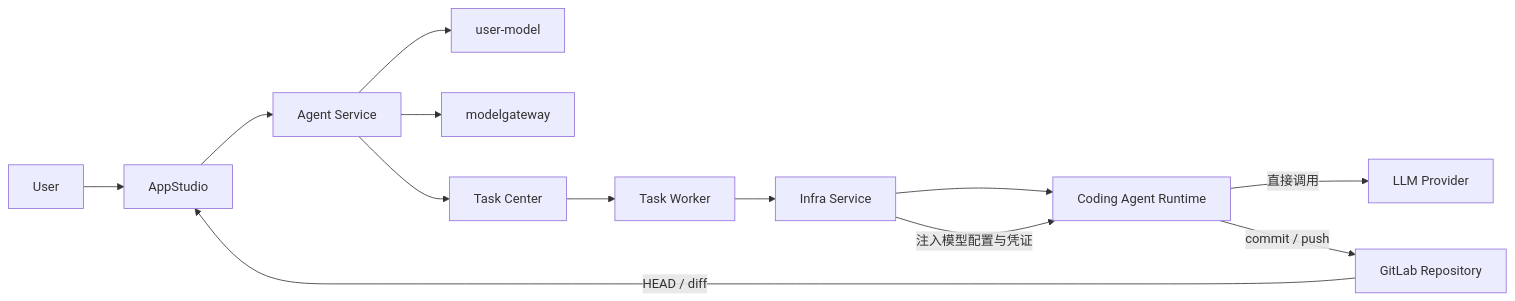
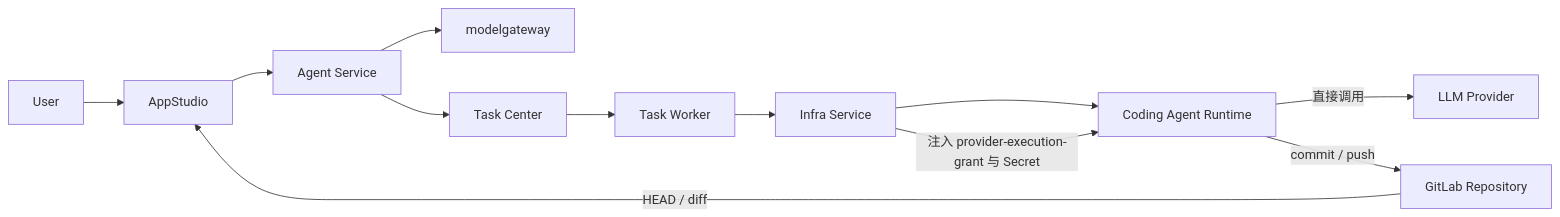
One commit to wangweihong/omnimam-spec changed the tenth of 11 diagrams in 00_product/domains/appstudio/product-spec.md. Above: the diagram before and after it, drawn with Mermaid. The commit also changed other lines of this file and 11 other files, not shown here.

Commit message:
fix: align provider capability and model binding contracts

````diff
--- a/00_product/domains/appstudio/product-spec.md
+++ b/00_product/domains/appstudio/product-spec.md
@@ -2657,28 +2619,26 @@
 ```mermaid
 flowchart LR
     USER[User]
     STUDIO[AppStudio]
     AGENT_SERVICE[Agent Service]
-    MM[user-model]
     MG[modelgateway]
     INFRA[Infra Service]
     AGENT[Coding Agent Runtime]
     LLM[LLM Provider]
     GL[GitLab Repository]
 
     USER --> STUDIO
     STUDIO --> AGENT_SERVICE
 
-    AGENT_SERVICE --> MM
     AGENT_SERVICE --> MG
     AGENT_SERVICE --> TASK[Task Center]
     TASK --> WORKER[Task Worker]
     WORKER --> INFRA
 
     INFRA --> AGENT
-    INFRA -->|注入模型配置与凭证| AGENT
+    INFRA -->|注入 provider-execution-grant 与 Secret| AGENT
 
     AGENT -->|直接调用| LLM
     AGENT -->|commit / push| GL
     GL -->|HEAD / diff| STUDIO
 ```
````
